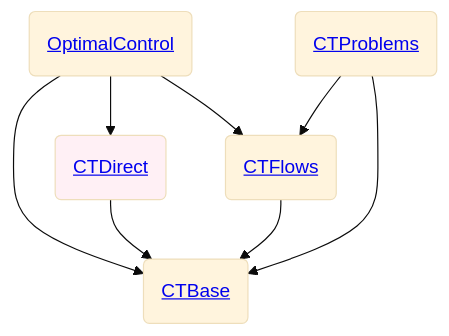
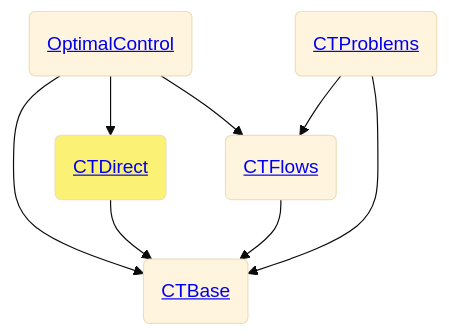
Before and after one commit to control-toolbox/CTDirect.jl: the diagram in docs/src/index.md, drawn with Mermaid (base theme).

````diff
--- a/docs/src/index.md
+++ b/docs/src/index.md
@@ -9,11 +9,11 @@
 ```mermaid
 flowchart TD
 O(<a href='https://control-toolbox.org/docs/optimalcontrol/stable/'>OptimalControl</a>) --> B(<a href='https://control-toolbox.org/docs/ctbase/stable/'>CTBase</a>)
 O --> D(<a href='https://control-toolbox.org/docs/ctdirect/stable/'>CTDirect</a>)
 O --> F(<a href='https://control-toolbox.org/docs/ctflows/stable/'>CTFlows</a>)
 P(<a href='https://control-toolbox.org/docs/ctproblems/stable/'>CTProblems</a>) --> F
 P --> B
 F --> B
 D --> B
-style D fill:#FFF0F5
+style D fill:#FBF275
 ```
````
